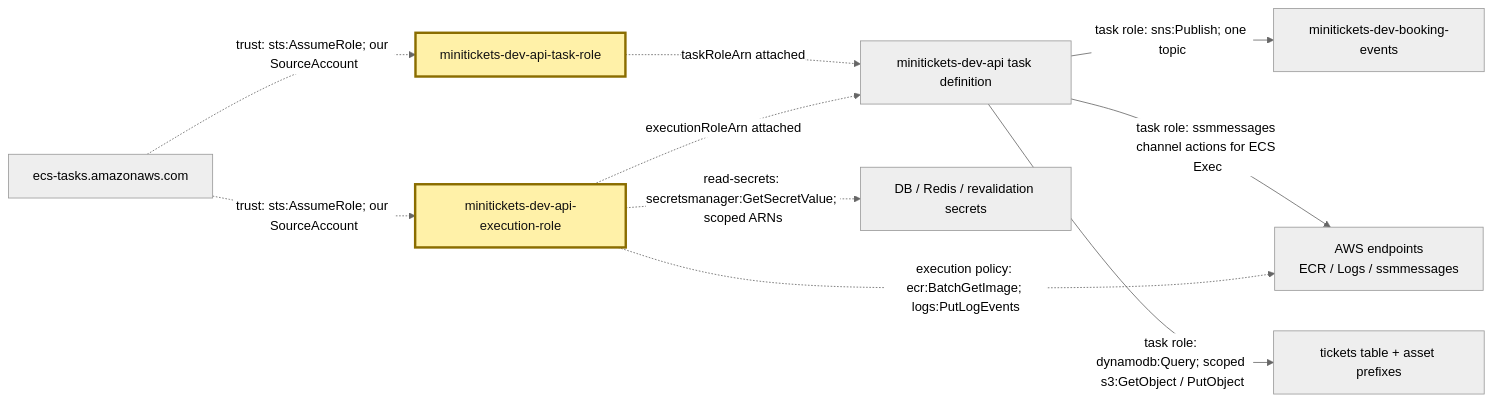
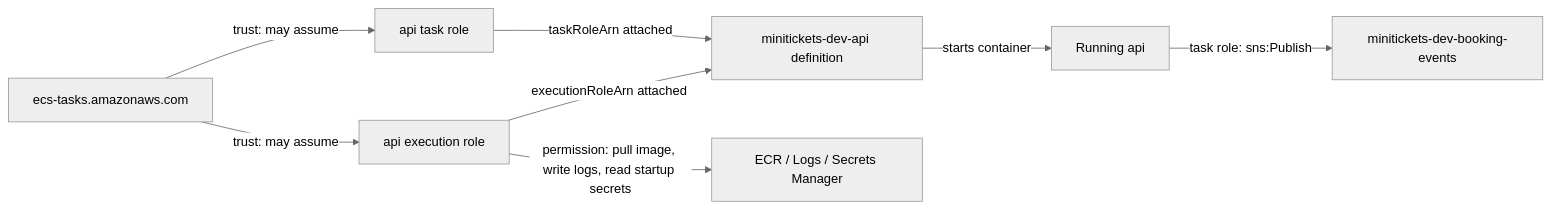
One commit to maheshnd/minitickets changed the diagram in docs/handbook/concepts/execution-vs-task-role.md. Above: the diagram before and after it, drawn with Mermaid (neutral theme). The commit also changed other lines of this file and 39 other files, not shown here.

````diff
--- a/docs/handbook/concepts/execution-vs-task-role.md
+++ b/docs/handbook/concepts/execution-vs-task-role.md
@@ -14,14 +18,10 @@
 ```mermaid
 flowchart LR
-    ecs["ecs-tasks.amazonaws.com"] -.->|"trust: sts:AssumeRole; our SourceAccount"| ex["minitickets-dev-api-execution-role"]
-    ecs -.->|"trust: sts:AssumeRole; our SourceAccount"| role["minitickets-dev-api-task-role"]
-    ex -.->|"executionRoleArn attached"| task["minitickets-dev-api task definition"]
-    role -.->|"taskRoleArn attached"| task
-    ex -.->|"execution policy: ecr:BatchGetImage; logs:PutLogEvents"| start["AWS endpoints<br/>ECR / Logs / ssmmessages"]
-    ex -.->|"read-secrets: secretsmanager:GetSecretValue; scoped ARNs"| safe["DB / Redis / revalidation secrets"]
-    task -->|"task role: sns:Publish; one topic"| sns["minitickets-dev-booking-events"]
-    task -->|"task role: dynamodb:Query; scoped s3:GetObject / PutObject"| data["tickets table + asset prefixes"]
-    task -->|"task role: ssmmessages channel actions for ECS Exec"| start
-    classDef focus fill:#fff1a8,stroke:#8a6d00,stroke-width:3px,color:#111
-    class ex,role focus
+    ecs["ecs-tasks.amazonaws.com"] -->|"trust: may assume"| execution["api execution role"]
+    ecs -->|"trust: may assume"| role["api task role"]
+    execution -->|"executionRoleArn attached"| definition["minitickets-dev-api definition"]
+    role -->|"taskRoleArn attached"| definition
+    execution -->|"permission: pull image, write logs, read startup secrets"| startup["ECR / Logs / Secrets Manager"]
+    definition -->|"starts container"| api["Running api"]
+    api -->|"task role: sns:Publish"| sns["minitickets-dev-booking-events"]
 ```
````
